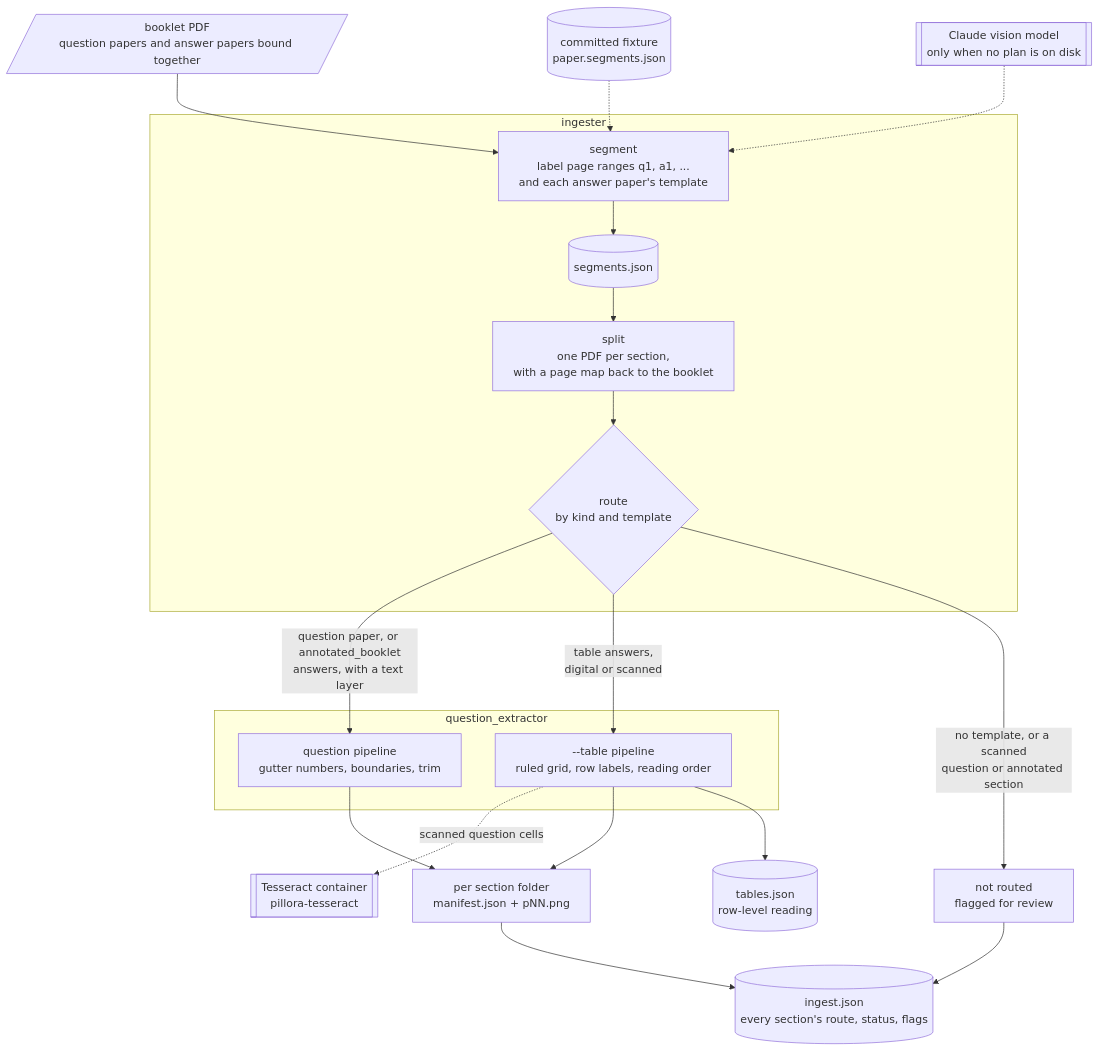
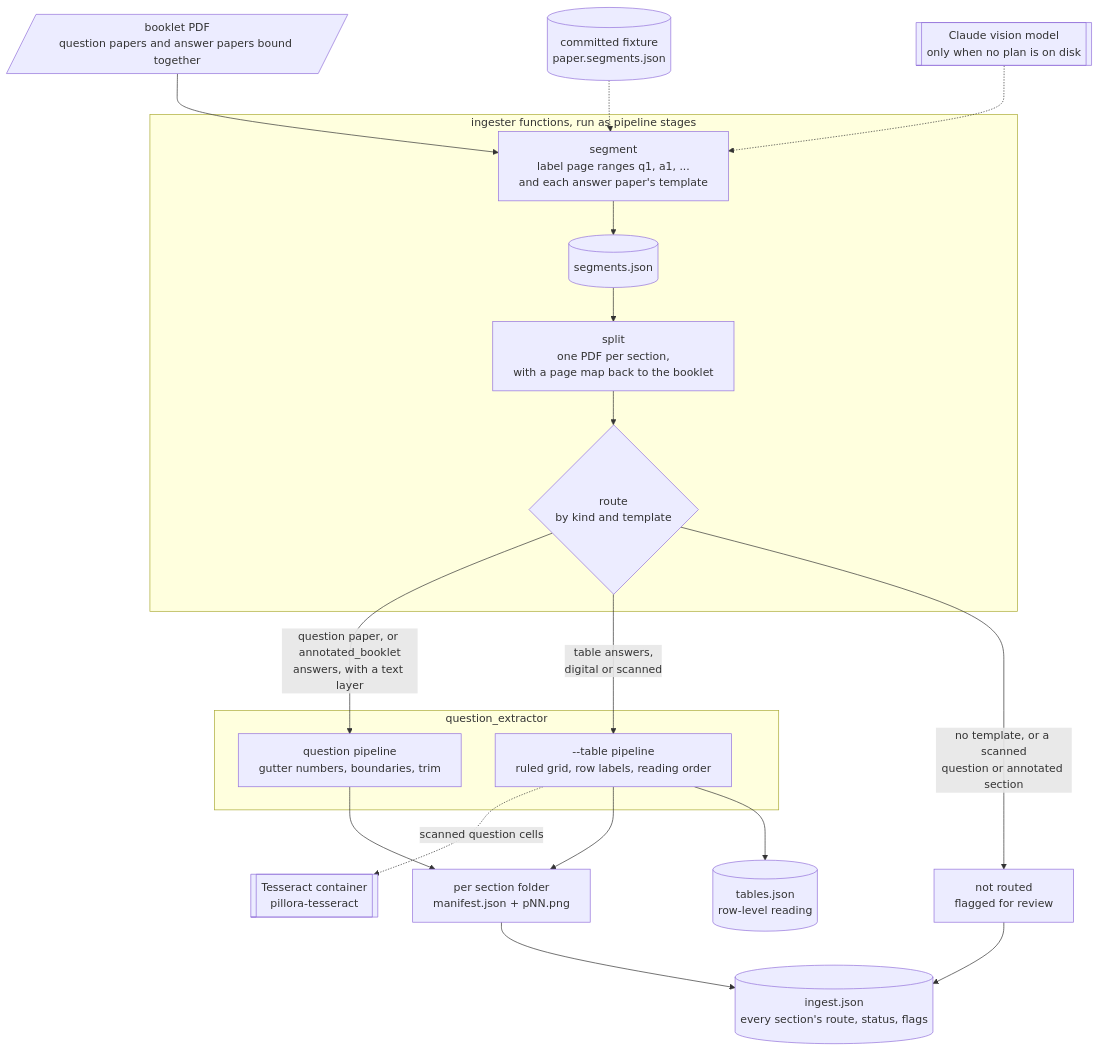
One commit to billyhoce/PilloraQuestionBank changed the diagram in ingestion/README.md. Above: the diagram before and after it, drawn with Mermaid. The commit also changed other lines of this file and 16 other files, not shown here.

First line of the commit message:
pipeline ingest matches ingester ingest

````diff
--- a/ingestion/README.md
+++ b/ingestion/README.md
@@ -22,37 +23,37 @@
 ```mermaid
 %%{init: {"flowchart": {"wrappingWidth": 400}}}%%
 flowchart TD
     pdf[/"booklet PDF<br/>question papers and answer papers bound together"/]
 
-    subgraph ING["ingester"]
+    subgraph ING["ingester functions, run as pipeline stages"]
         seg["segment<br/>label page ranges q1, a1, ...<br/>and each answer paper's template"]
         plan[("segments.json")]
         split["split<br/>one PDF per section,<br/>with a page map back to the booklet"]
         route{"route<br/>by kind and template"}
         seg --> plan --> split --> route
     end
 
     model[["Claude vision model<br/>only when no plan is on disk"]]
     fixture[("committed fixture<br/>paper.segments.json")]
 
     subgraph QE["question_extractor"]
         qp["question pipeline<br/>gutter numbers, boundaries, trim"]
         tp["--table pipeline<br/>ruled grid, row labels, reading order"]
     end
 
     tess[["Tesseract container<br/>pillora-tesseract"]]
 
     pdf --> seg
     fixture -.-> seg
     model -.-> seg
     route -->|"question paper, or annotated_booklet<br/>answers, with a text layer"| qp
     route -->|"table answers,<br/>digital or scanned"| tp
     route -->|"no template, or a scanned<br/>question or annotated section"| nr["not routed<br/>flagged for review"]
     tp -.->|"scanned question cells"| tess
 
     qp --> res["per section folder<br/>manifest.json + pNN.png"]
     tp --> res
     tp --> tj[("tables.json<br/>row-level reading")]
     res --> rep[("ingest.json<br/>every section's route, status, flags")]
     nr --> rep
 ```
````
